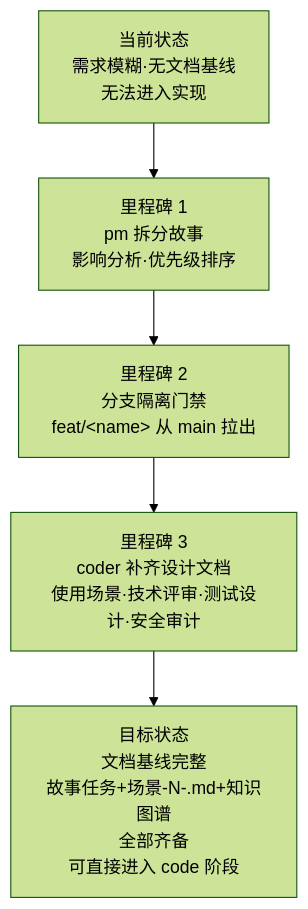
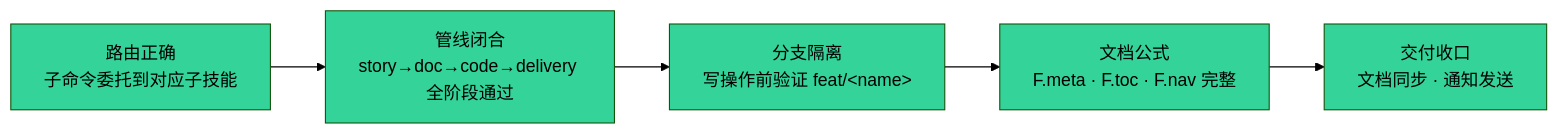
The second of 2 diagrams in skills/rui/SKILL.md (effiy/YrY), drawn with Mermaid (forest theme) before and after one commit. The commit also changed other lines of this file and 341 other files, not shown here.

````diff
--- a/skills/rui/SKILL.md
+++ b/skills/rui/SKILL.md
@@ -272,9 +171,9 @@
 ```mermaid
-flowchart TD
-    NOW["当前状态<br/>需求模糊·无文档基线<br/>无法进入实现"]:::pain
-    NOW --> M1["里程碑 1<br/>pm 拆分故事<br/>影响分析·优先级排序"]:::milestone
-    M1 --> M2["里程碑 2<br/>分支隔离门禁<br/>feat/&lt;name&gt; 从 main 拉出"]:::milestone
-    M2 --> M3["里程碑 3<br/>coder 补齐设计文档<br/>使用场景·技术评审·测试设计·安全审计"]:::milestone
-    M3 --> GOAL["目标状态<br/>文档基线完整<br/>故事任务+场景-N-<slug>.md+知识图谱<br/>全部齐备<br/>可直接进入 code 阶段"]:::goal
+flowchart LR
+    S1["路由正确<br/>子命令委托到对应子技能"]:::sig --> S2["管线闭合<br/>story→doc→code→delivery 全阶段通过"]:::sig
+    S2 --> S3["分支隔离<br/>写操作前验证 feat/&lt;name&gt;"]:::sig
+    S3 --> S4["文档公式<br/>F.meta · F.toc · F.nav 完整"]:::sig
+    S4 --> S5["交付收口<br/>文档同步 · 通知发送"]:::sig
 
+    classDef sig fill:#34d399,color:#000
 ```
````
